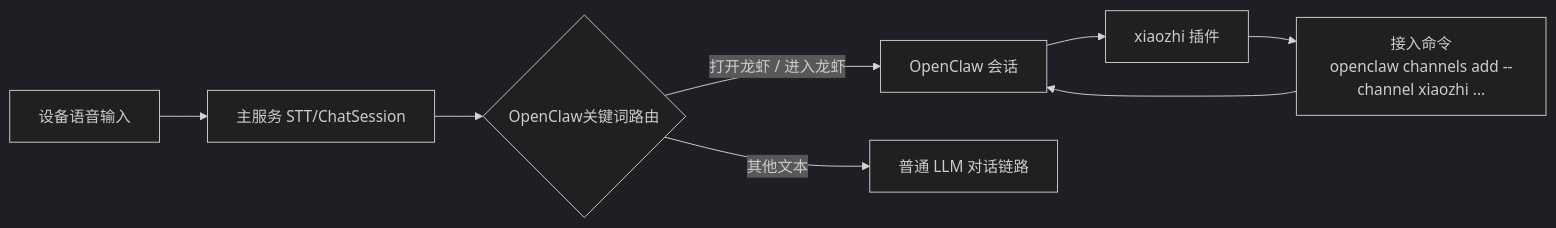
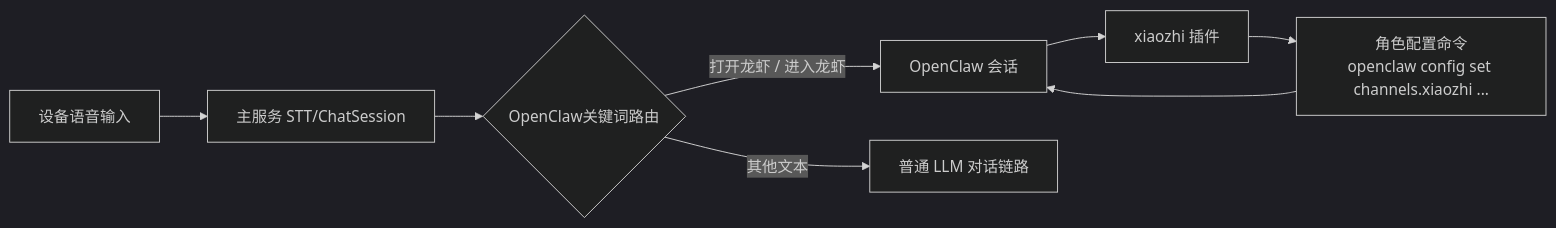
One commit to shaikmehra695/xiaozhi-esp32-server-golang changed the diagram in doc/openclaw_integration.md. Above: the diagram before and after it, drawn with Mermaid (dark theme). The commit also changed other lines of this file and 8 other files, not shown here.

````diff
--- a/doc/openclaw_integration.md
+++ b/doc/openclaw_integration.md
@@ -5,10 +5,10 @@
 ```mermaid
 flowchart LR
   Device[设备语音输入] --> ASR[主服务 STT/ChatSession]
   ASR --> Route{OpenClaw关键词路由}
   Route -- 打开龙虾 / 进入龙虾 --> OCSession[OpenClaw 会话]
   Route -- 其他文本 --> LLM[普通 LLM 对话链路]
   OCSession --> Plugin[xiaozhi 插件]
-  Plugin --> ChannelCmd[接入命令<br/>openclaw channels add --channel xiaozhi ...]
+  Plugin --> ChannelCmd[角色配置命令<br/>openclaw config set channels.xiaozhi ...]
   ChannelCmd --> OCSession
 ```
````
